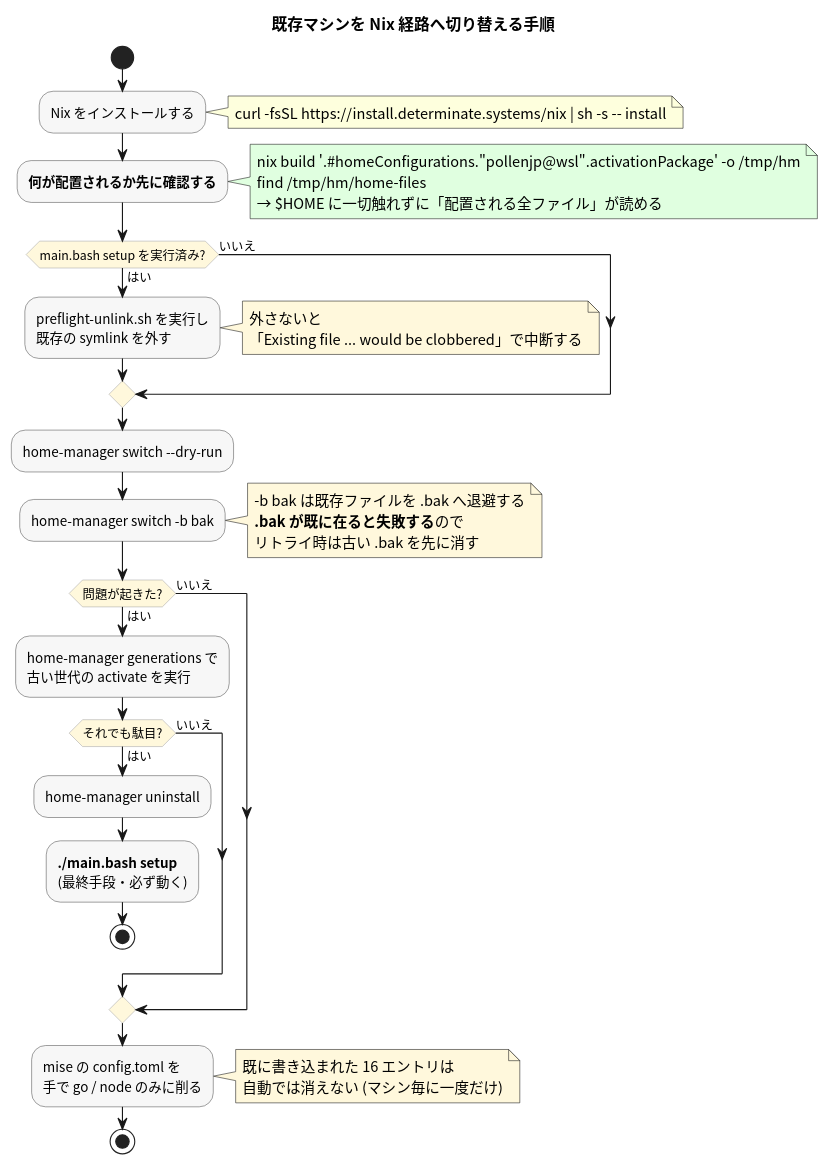
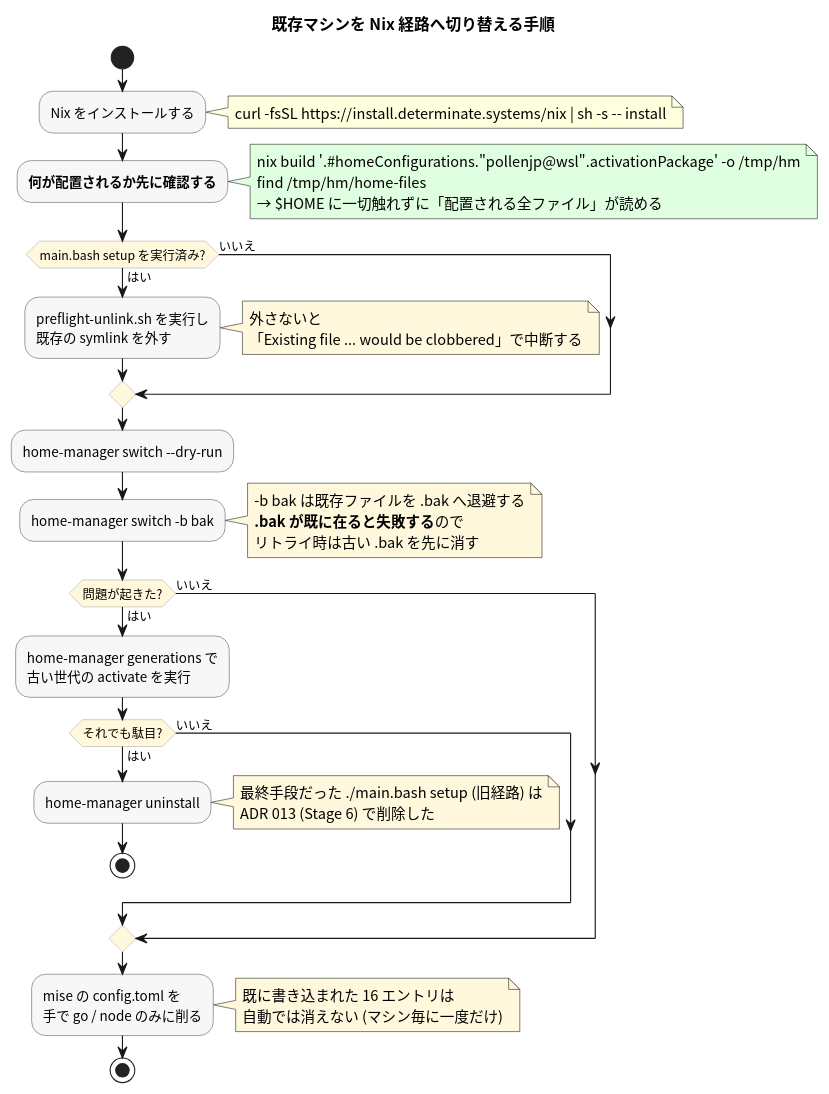
Before and after one commit to pollenjp/dotfiles: the diagram in docs/adr/001_home_manager_migration_20260808T163454JST/textbook/plantuml/04_cutover.puml, drawn with PlantUML. The commit also changed 12 other files, not shown here.

```diff
--- a/docs/adr/001_home_manager_migration_20260808T163454JST/textbook/plantuml/04_cutover.puml
+++ b/docs/adr/001_home_manager_migration_20260808T163454JST/textbook/plantuml/04_cutover.puml
@@ -1,66 +1,69 @@
 @startuml
 ' 既存マシンを Nix 経路へ切り替える手順
 skinparam backgroundColor #FFFFFF
 skinparam defaultFontName "Noto Sans CJK JP"
 skinparam shadowing false
 skinparam activity {
   BackgroundColor #F7F7F7
   BorderColor #555555
   DiamondBackgroundColor #FFF8DC
   DiamondBorderColor #AAAAAA
 }
 
 title 既存マシンを Nix 経路へ切り替える手順
 
 start
 
 :Nix をインストールする;
 note right
   curl -fsSL https://install.determinate.systems/nix | sh -s -- install
 end note
 
 :**何が配置されるか先に確認する**;
 note right #E0FFE0
   nix build '.#homeConfigurations."pollenjp@wsl".activationPackage' -o /tmp/hm
   find /tmp/hm/home-files
   → $HOME に一切触れずに「配置される全ファイル」が読める
 end note
 
 if (main.bash setup を実行済み?) then (はい)
   :preflight-unlink.sh を実行し\n既存の symlink を外す;
   note right #FFF8DC
     外さないと
     「Existing file ... would be clobbered」で中断する
   end note
 else (いいえ)
 endif
 
 :home-manager switch --dry-run;
 
 :home-manager switch -b bak;
 note right #FFF8DC
   -b bak は既存ファイルを .bak へ退避する
   **.bak が既に在ると失敗する**ので
   リトライ時は古い .bak を先に消す
 end note
 
 if (問題が起きた?) then (はい)
   :home-manager generations で\n古い世代の activate を実行;
   if (それでも駄目?) then (はい)
     :home-manager uninstall;
-    :**./main.bash setup**\n(最終手段・必ず動く);
+    note right #FFF8DC
+      最終手段だった ./main.bash setup (旧経路) は
+      ADR 013 (Stage 6) で削除した
+    end note
     stop
   else (いいえ)
   endif
 else (いいえ)
 endif
 
 :mise の config.toml を\n手で go / node のみに削る;
 note right #FFF8DC
   既に書き込まれた 16 エントリは
   自動では消えない (マシン毎に一度だけ)
 end note
 
 stop
 
 @enduml
```
